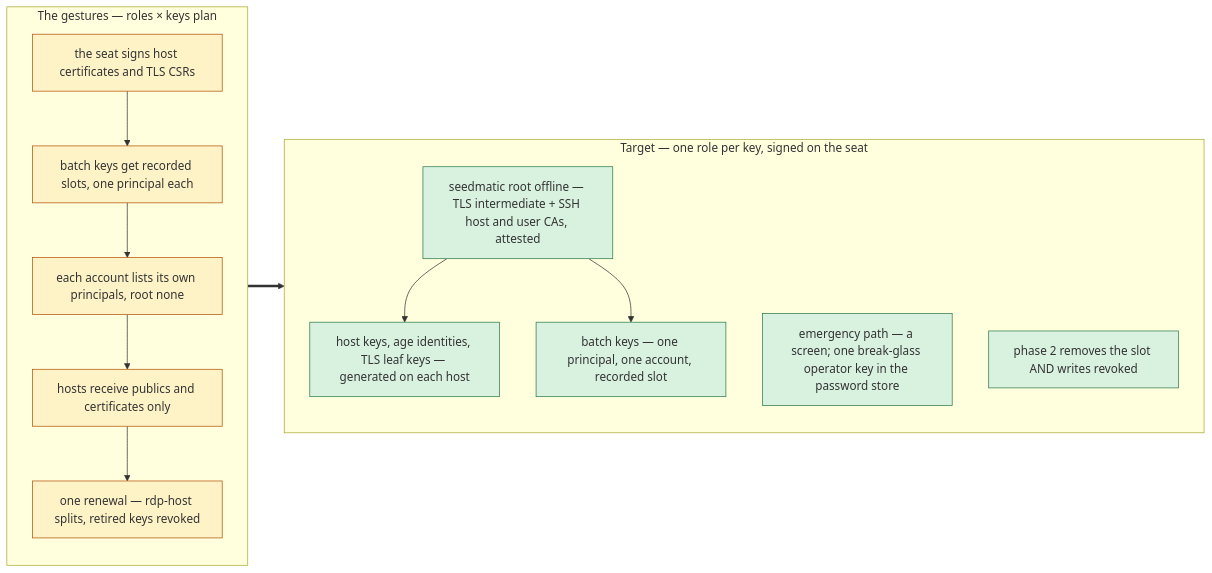
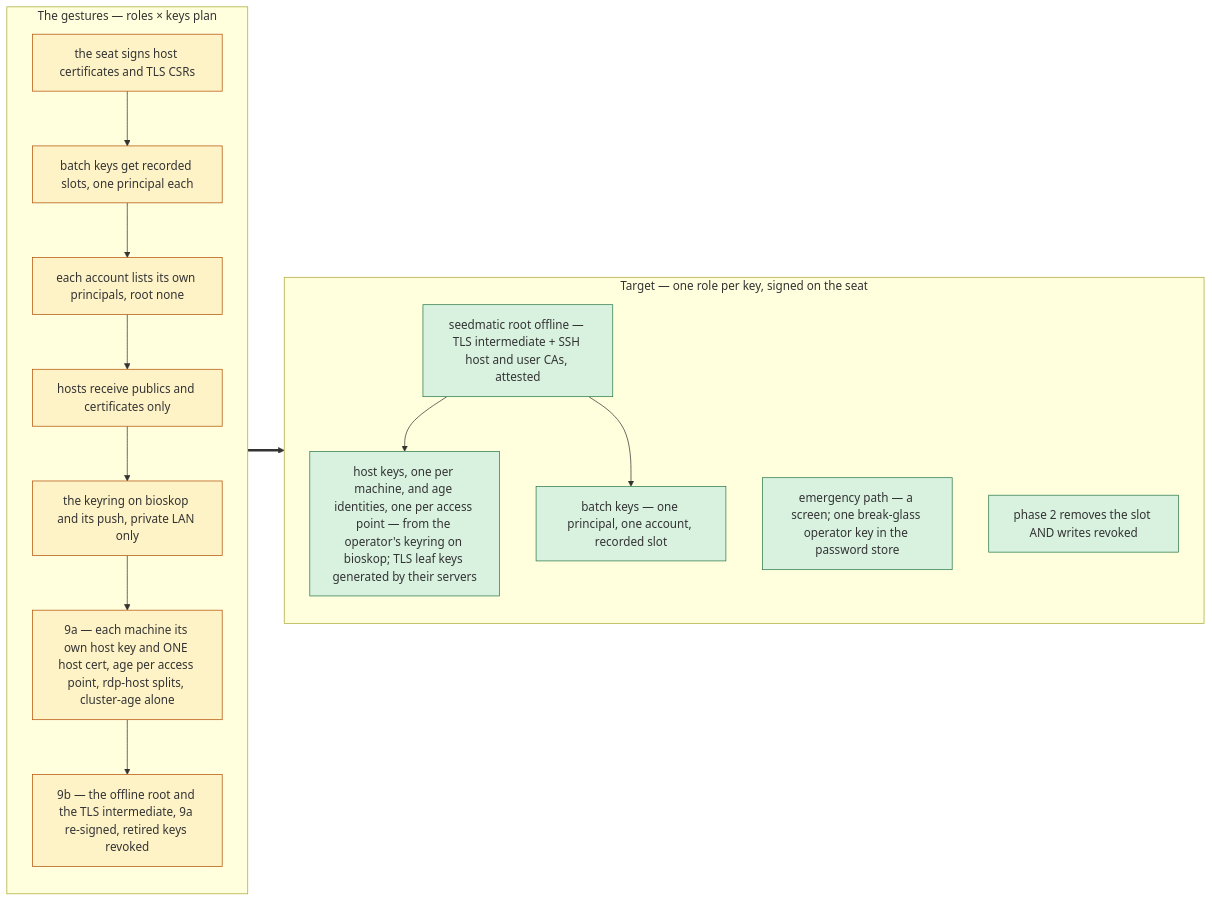
The third of 8 diagrams in docs/architecture/atlas/fabric-control-plane.adoc (seedmatic/rke2lab), drawn with Mermaid before and after one commit. The commit also changed other lines of this file and 2 other files, not shown here.

First line of the commit message:
docs(atlas): the roles × keys target, as the operator closed it on 2026-10-15

```diff
--- a/docs/architecture/atlas/fabric-control-plane.adoc
+++ b/docs/architecture/atlas/fabric-control-plane.adoc
@@ -109,26 +112,28 @@
 [mermaid]
 ....
 flowchart LR
   subgraph GESTURES["The gestures — roles × keys plan"]
     direction TB
     g1["the seat signs host certificates and TLS CSRs"]:::step
     g2["batch keys get recorded slots, one principal each"]:::step
     g3["each account lists its own principals, root none"]:::step
     g4["hosts receive publics and certificates only"]:::step
-    g5["one renewal — rdp-host splits, retired keys revoked"]:::step
-    g1 --> g2 --> g3 --> g4 --> g5
+    g5["the keyring on bioskop and its push, private LAN only"]:::step
+    g6["9a — each machine its own host key and ONE host cert, age per access point, rdp-host splits, cluster-age alone"]:::step
+    g7["9b — the offline root and the TLS intermediate, 9a re-signed, retired keys revoked"]:::step
+    g1 --> g2 --> g3 --> g4 --> g5 --> g6 --> g7
   end
   subgraph TARGET["Target — one role per key, signed on the seat"]
     direction TB
     a0["seedmatic root offline — TLS intermediate + SSH host and user CAs, attested"]:::ok
     a1["emergency path — a screen; one break-glass operator key in the password store"]:::ok
-    a2["host keys, age identities, TLS leaf keys — generated on each host"]:::ok
+    a2["host keys, one per machine, and age identities, one per access point — from the operator's keyring on bioskop; TLS leaf keys generated by their servers"]:::ok
     a3["batch keys — one principal, one account, recorded slot"]:::ok
     a4["phase 2 removes the slot AND writes revoked"]:::ok
     a0 --> a2 & a3
   end
   GESTURES ==> TARGET
 
   classDef step fill:#fef3c7,stroke:#b45309;
   classDef ok fill:#d9f2e0,stroke:#2d7a4b;
 ....
```
